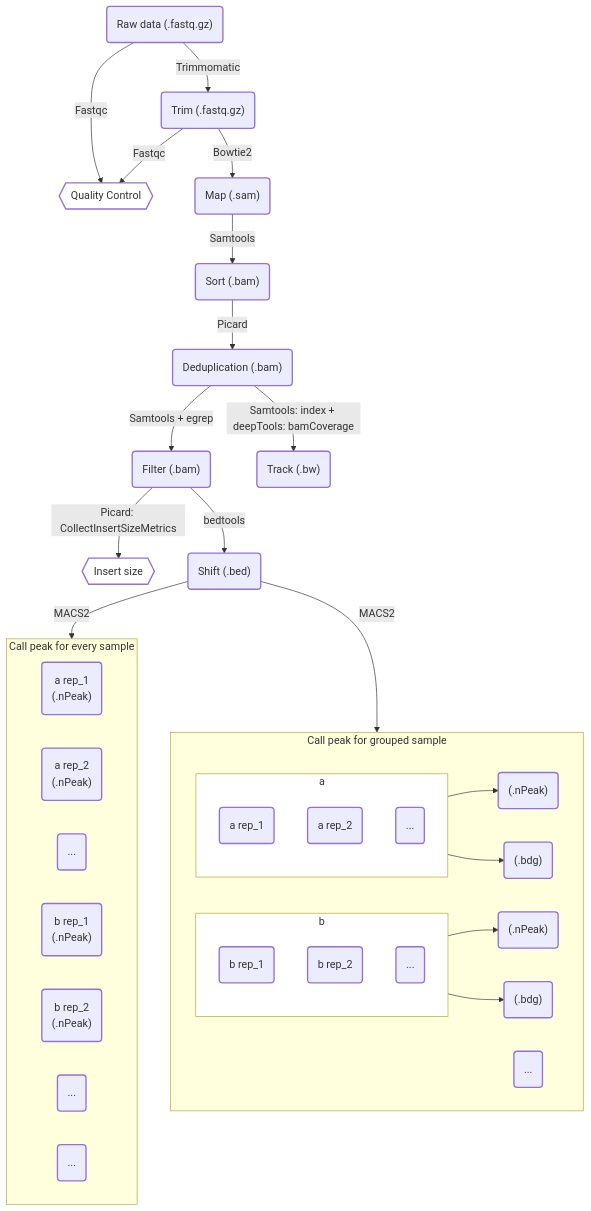
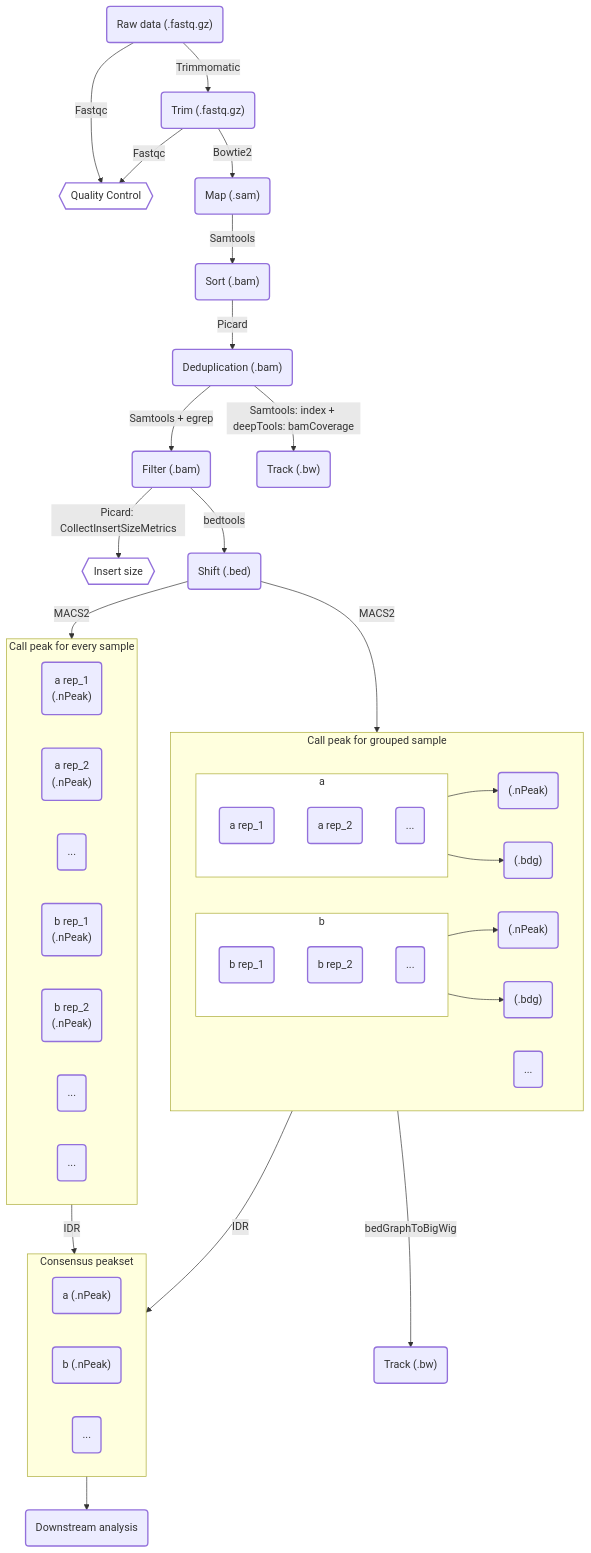
The second of 2 diagrams in mermaidPlot/mermaidPlot.md (sajuukLyu/Protocols-4pub), drawn with Mermaid before and after one commit. The commit also changed other lines of this file and 3 other files, not shown here.

````diff
--- a/mermaidPlot/mermaidPlot.md
+++ b/mermaidPlot/mermaidPlot.md
@@ -23,47 +23,55 @@
 ```mermaid
 flowchart TD;
 classDef default stroke-width: 2px ;
 classDef qc fill: #ffffff ;
 	A("Raw data (.fastq.gz)") -->|Fastqc| a{{"Quality Control"}}
 	A -->|Trimmomatic| B("Trim (.fastq.gz)")
 	B -->|Fastqc| a
 	B -->|Bowtie2| C("Map (.sam)")
 	C -->|Samtools| D("Sort (.bam)")
 	D -->|Picard| E("Deduplication (.bam)")
 	E -->|Samtools + egrep| F("Filter (.bam)")
 	E -->|Samtools: index + deepTools: bamCoverage| J("Track (.bw)")
 	F -->|Picard: CollectInsertSizeMetrics| f{{"Insert size"}}
 	F -->|bedtools| G("Shift (.bed)")
 	subgraph H [Call peak for every sample]
 	a1("a rep_1\n(.nPeak)")
 	a2("a rep_2\n(.nPeak)")
 	an("...")
 	b1("b rep_1\n(.nPeak)")
 	b2("b rep_2\n(.nPeak)")
 	bn("...")
 	nn("...")
 	end
 	subgraph I [Call peak for grouped sample]
 		subgraph Ia [a]
 		Ia_1("a rep_1")
 		Ia_2("a rep_2")
 		Ia_n("...")
 		an("...")
 		end
 		Ia --> Ia_res1("(.nPeak)")
 		Ia --> Ia_res2("(.bdg)")
 		subgraph Ib [b]
 		Ib_1("b rep_1")
 		Ib_2("b rep_2")
 		Ib_n("...")
 		an("...")
 		end
 		Ib --> Ib_res1("(.nPeak)")
 		Ib --> Ib_res2("(.bdg)")
 		In("...")
 	end
 	G -->|MACS2| H
 	G -->|MACS2| I
-	
+	subgraph K [Consensus peakset]
+	Ka("a (.nPeak)")
+	Kb("b (.nPeak)")
+	Kn("...")
+	end
+	I -->|IDR| K
+    H -->|IDR| K
+	I -->|bedGraphToBigWig| L("Track (.bw)")
+	K --> M("Downstream analysis")
 class a,f,Ia,Ib qc
 ```
````
